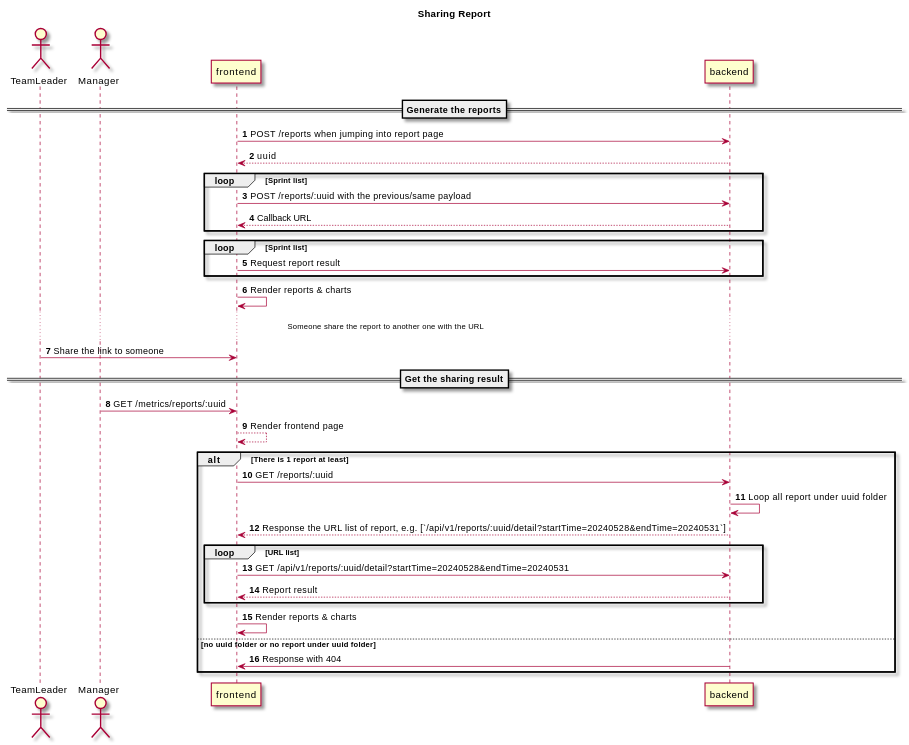
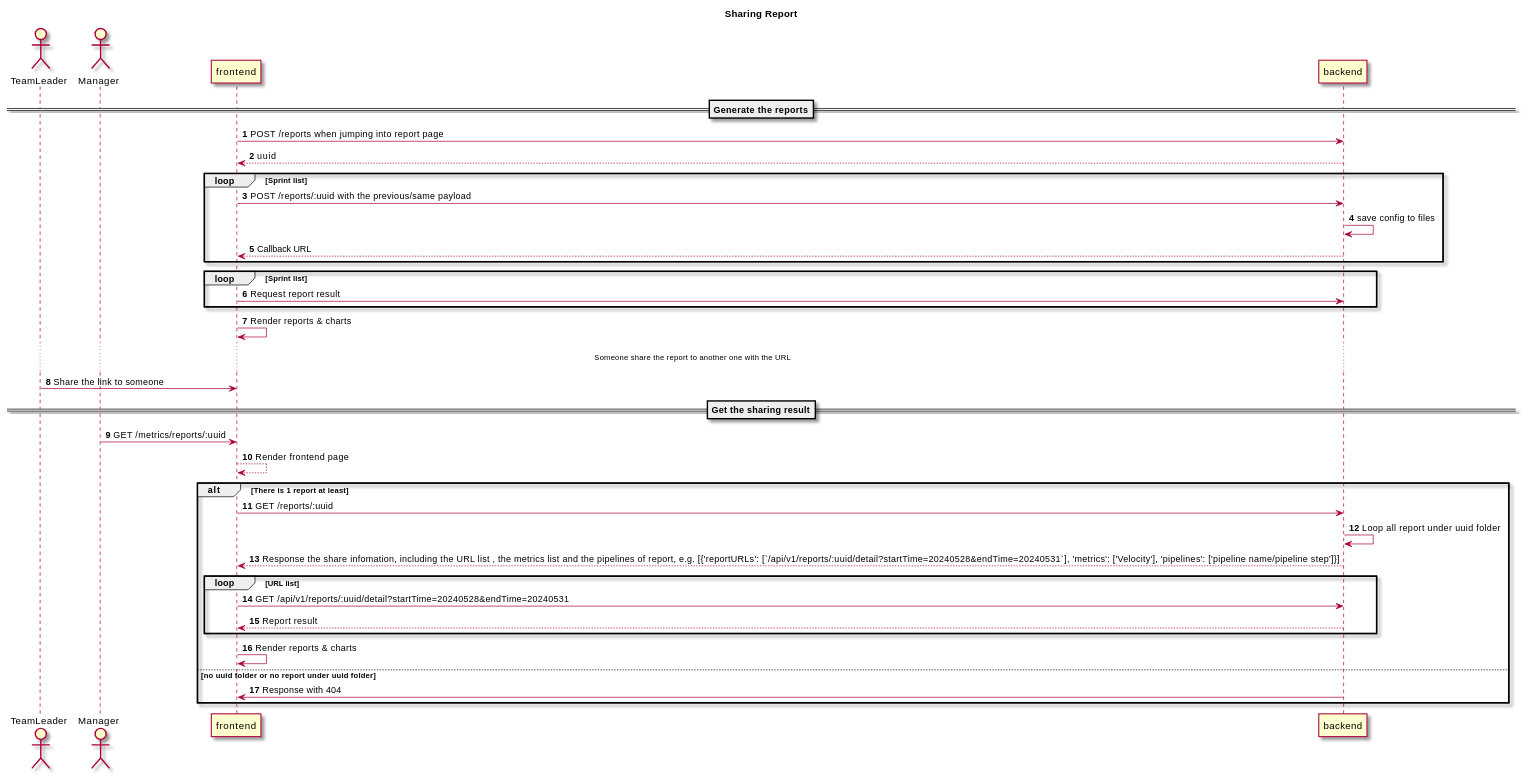
Before and after one commit to au-heartbeat/Heartbeat: the diagram in docs/src/content/docs/en/spikes/tech-spikes-sharing-report.mdx, drawn with PlantUML.

Commit message:
ADM-975 [docs]: modify the spike

````diff
--- a/docs/src/content/docs/en/spikes/tech-spikes-sharing-report.mdx
+++ b/docs/src/content/docs/en/spikes/tech-spikes-sharing-report.mdx
@@ -30,44 +30,45 @@
 ```plantuml
 @startuml
 skin rose
 autonumber
 title Sharing Report
 
 actor       TeamLeader       as TeamLeader
 actor       Manager       as Manager
 participant frontend as frontend
 participant backend as backend
 
 ==Generate the reports==
 frontend -> backend: POST /reports when jumping into report page
 backend --> frontend: uuid
 loop Sprint list
   frontend -> backend: POST /reports/:uuid with the previous/same payload
+  backend -> backend: save config to files
   backend --> frontend: Callback URL
 end
 
 loop Sprint list
   frontend -> backend: Request report result
 end
 
 frontend -> frontend: Render reports & charts
 ...Someone share the report to another one with the URL...
 TeamLeader -> frontend: Share the link to someone
 ==Get the sharing result==
 Manager -> frontend: GET /metrics/reports/:uuid
 frontend --> frontend: Render frontend page
 alt There is 1 report at least
   frontend -> backend: GET /reports/:uuid
   backend-> backend: Loop all report under uuid folder
-  backend --> frontend: Response the URL list of report, e.g.   [`/api/v1/reports/:uuid/detail?startTime=20240528&endTime=20240531`]
+  backend --> frontend: Response the share infomation, including the URL list , the metrics list and the pipelines of report, e.g.   [{'reportURLs': [`/api/v1/reports/:uuid/detail?startTime=20240528&endTime=20240531`], 'metrics': ['Velocity'], 'pipelines': ['pipeline name/pipeline step']}]
   loop URL list
     frontend-> backend: GET /api/v1/reports/:uuid/detail?startTime=20240528&endTime=20240531
     backend --> frontend: Report result
   end
   frontend -> frontend: Render reports & charts
 else no uuid folder or no report under uuid folder
   backend-> frontend: Response with 404
 end
 
 @enduml
 ```
````
